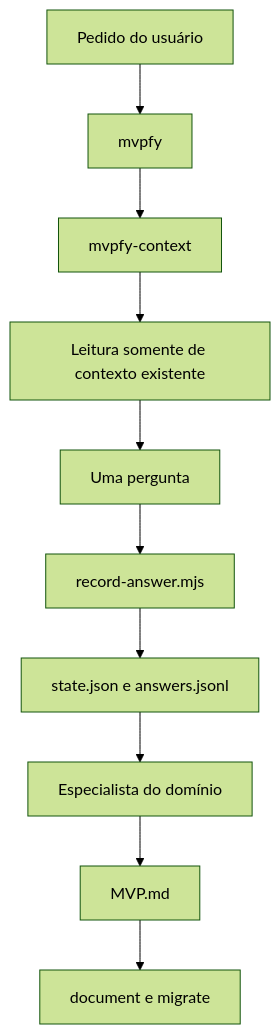
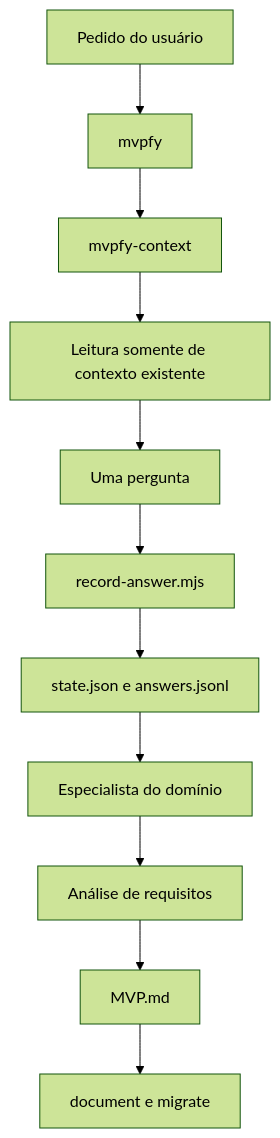
The diagram in docs/develop/arquitetura.md (promovaweb/mvpfy), drawn with Mermaid (forest theme) before and after one commit. The commit also changed other lines of this file and 29 other files, not shown here.

````diff
--- a/docs/develop/arquitetura.md
+++ b/docs/develop/arquitetura.md
@@ -9,12 +9,13 @@
 ```mermaid
 flowchart TD
     A[Pedido do usuário] --> B[mvpfy]
     B --> C[mvpfy-context]
     C --> D[Leitura somente de contexto existente]
     D --> E[Uma pergunta]
     E --> F[record-answer.mjs]
     F --> G[state.json e answers.jsonl]
     G --> H[Especialista do domínio]
-    H --> I[MVP.md]
-    I --> J[document e migrate]
+    H --> I[Análise de requisitos]
+    I --> J[MVP.md]
+    J --> K[document e migrate]
 ```
````
